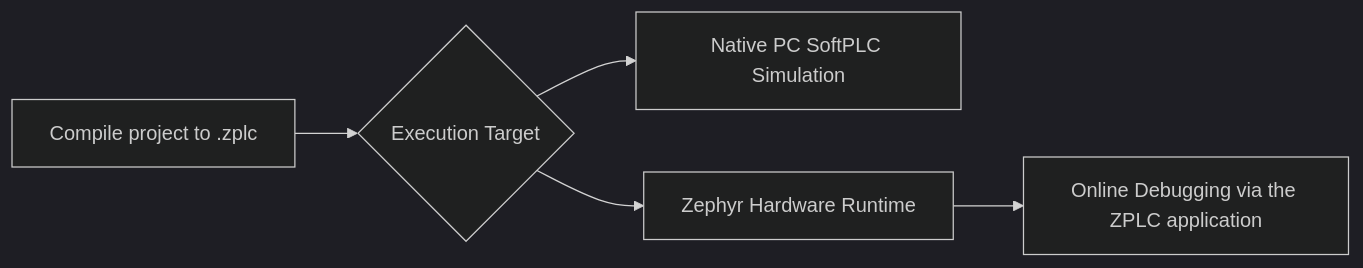
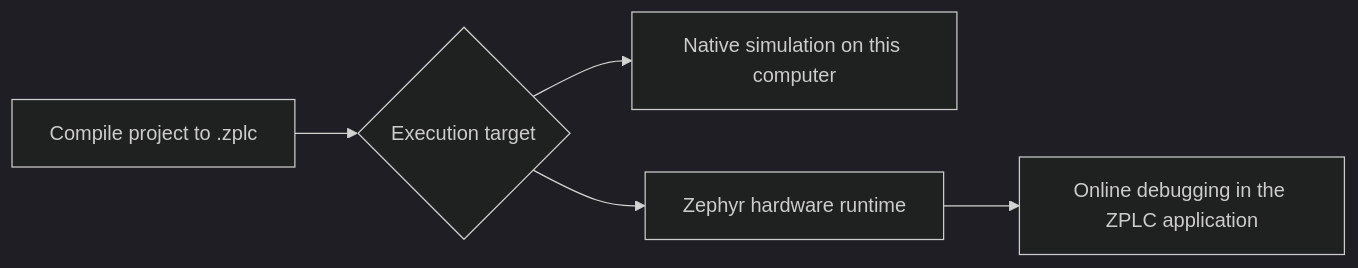
Before and after one commit to eduardojvieira/ZPLC: the diagram in docs/docs/integration/index.md, drawn with Mermaid (dark theme). The commit also changed other lines of this file and 29 other files, not shown here.

````diff
--- a/docs/docs/integration/index.md
+++ b/docs/docs/integration/index.md
@@ -18,7 +18,7 @@
 ```mermaid
 flowchart LR
-  A[Compile project to .zplc] --> B{Execution Target}
-  B --> D[Native PC SoftPLC Simulation]
-  B --> E[Zephyr Hardware Runtime]
-  E --> F[Online Debugging via the ZPLC application]
+  A[Compile project to .zplc] --> B{Execution target}
+  B --> D[Native simulation on this computer]
+  B --> E[Zephyr hardware runtime]
+  E --> F[Online debugging in the ZPLC application]
 ```
````
